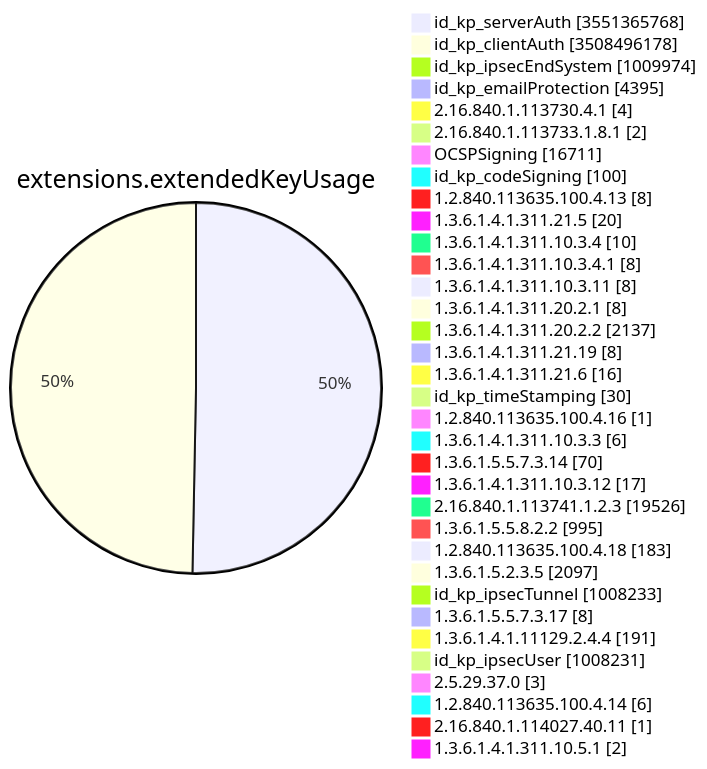
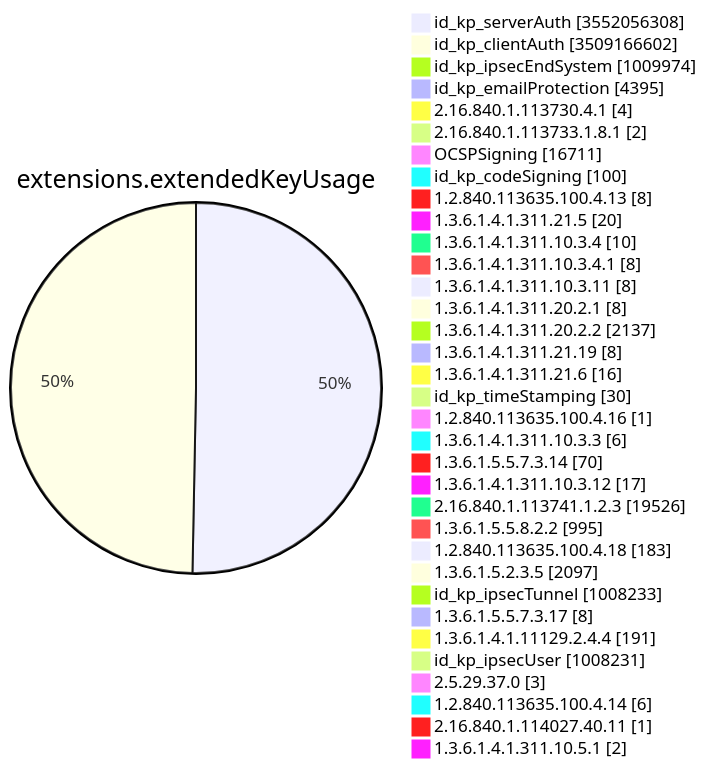
Before and after one commit to christiankrug/ctmonitor_visualization: diagram 11 of 15 in TOTAL/README.md, drawn with Mermaid. The commit also changed other lines of this file, not shown here.

````diff
--- a/TOTAL/README.md
+++ b/TOTAL/README.md
@@ -4127,38 +4127,38 @@
 ```mermaid
 pie showData
 title extensions.extendedKeyUsage
-"id_kp_serverAuth" :3551365768
-"id_kp_clientAuth" :3508496178
+"id_kp_serverAuth" :3552056308
+"id_kp_clientAuth" :3509166602
 "id_kp_ipsecEndSystem" :1009974
 "id_kp_emailProtection" :4395
 "2.16.840.1.113730.4.1" :4
 "2.16.840.1.113733.1.8.1" :2
 "OCSPSigning" :16711
 "id_kp_codeSigning" :100
 "1.2.840.113635.100.4.13" :8
 "1.3.6.1.4.1.311.21.5" :20
 "1.3.6.1.4.1.311.10.3.4" :10
 "1.3.6.1.4.1.311.10.3.4.1" :8
 "1.3.6.1.4.1.311.10.3.11" :8
 "1.3.6.1.4.1.311.20.2.1" :8
 "1.3.6.1.4.1.311.20.2.2" :2137
 "1.3.6.1.4.1.311.21.19" :8
 "1.3.6.1.4.1.311.21.6" :16
 "id_kp_timeStamping" :30
 "1.2.840.113635.100.4.16" :1
 "1.3.6.1.4.1.311.10.3.3" :6
 "1.3.6.1.5.5.7.3.14" :70
 "1.3.6.1.4.1.311.10.3.12" :17
 "2.16.840.1.113741.1.2.3" :19526
 "1.3.6.1.5.5.8.2.2" :995
 "1.2.840.113635.100.4.18" :183
 "1.3.6.1.5.2.3.5" :2097
 "id_kp_ipsecTunnel" :1008233
 "1.3.6.1.5.5.7.3.17" :8
 "1.3.6.1.4.1.11129.2.4.4" :191
 "id_kp_ipsecUser" :1008231
 "2.5.29.37.0" :3
 "1.2.840.113635.100.4.14" :6
 "2.16.840.1.114027.40.11" :1
 "1.3.6.1.4.1.311.10.5.1" :2
 ```
````
